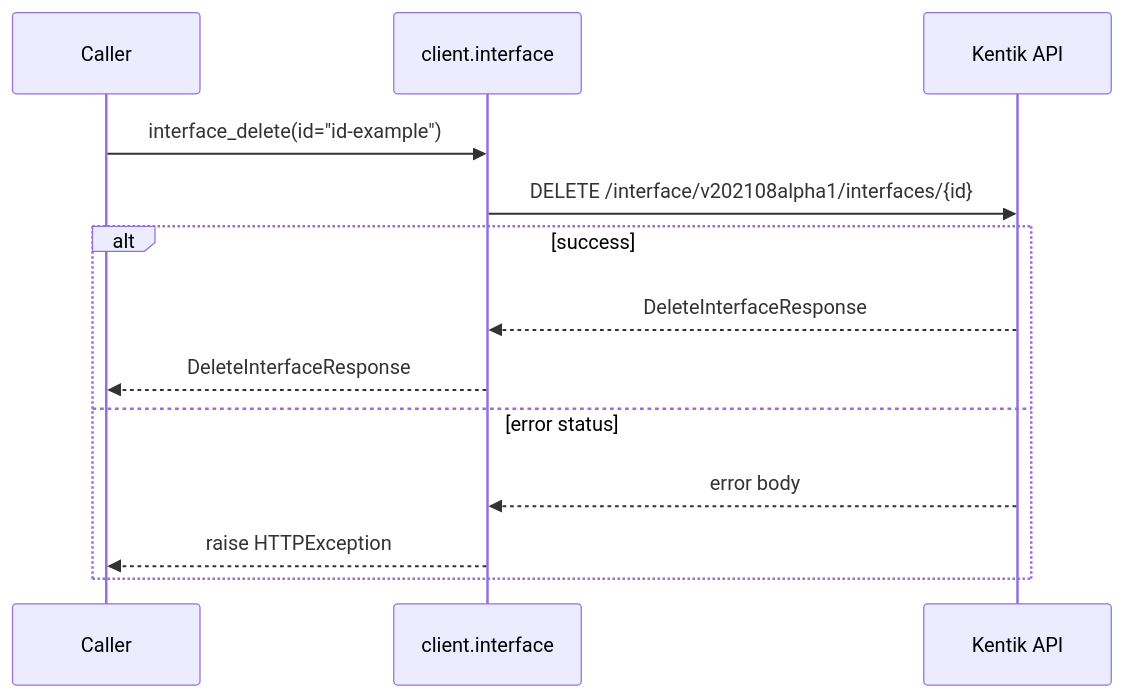
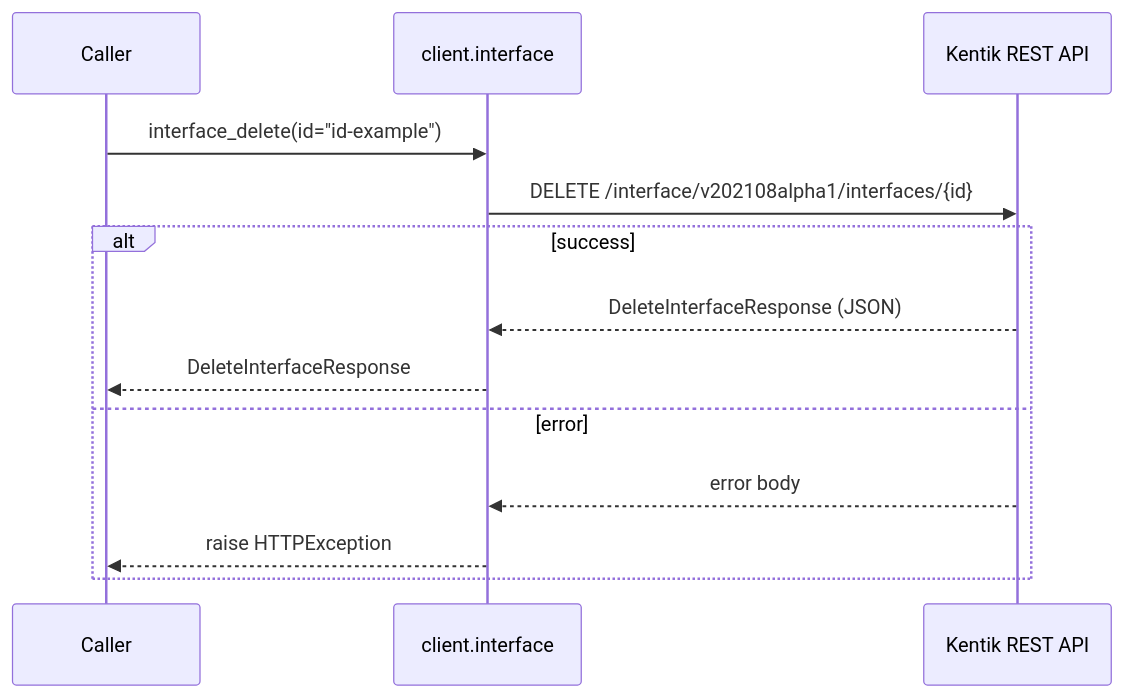
Before and after one commit to alexdearaujo/community_sdk_python: the tenth of 14 diagrams in docs/sphinx/services/interface.md, drawn with Mermaid. The commit also changed other lines of this file and 61 other files, not shown here.

````diff
--- a/docs/sphinx/services/interface.md
+++ b/docs/sphinx/services/interface.md
@@ -239,16 +341,16 @@
 ```mermaid
 sequenceDiagram
     participant C as Caller
     participant W as client.interface
-    participant API as Kentik API
+    participant API as Kentik REST API
 
     C->>W: interface_delete(id="id-example")
     W->>API: DELETE /interface/v202108alpha1/interfaces/{id}
     alt success
-        API-->>W: DeleteInterfaceResponse
+        API-->>W: DeleteInterfaceResponse (JSON)
         W-->>C: DeleteInterfaceResponse
-    else error status
+    else error
         API-->>W: error body
         W-->>C: raise HTTPException
     end
 ```
````
